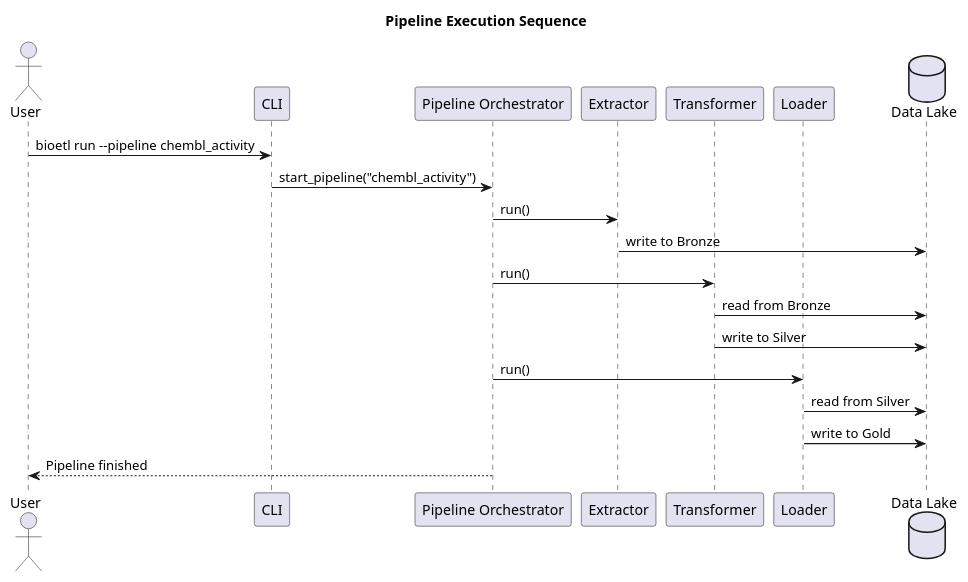
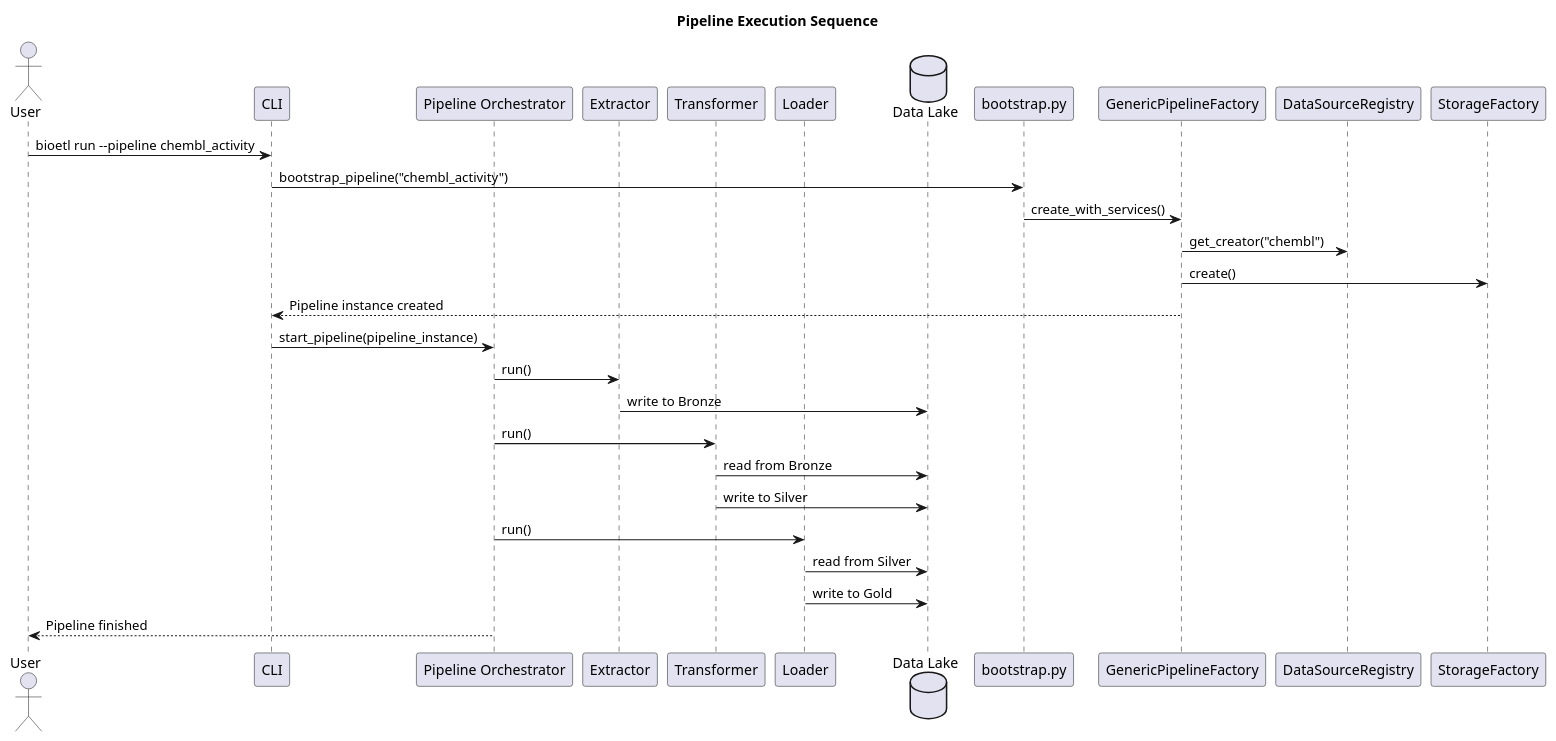
The diagram in docs/02-architecture/diagrams/03-pipeline-sequence.puml (SatoryKono/BioactivityDataAcquisition), drawn with PlantUML before and after one commit. The commit also changed 14 other files, not shown here.

First line of the commit message:
Document and architecture updates for Composition layer

```diff
--- a/docs/02-architecture/diagrams/03-pipeline-sequence.puml
+++ b/docs/02-architecture/diagrams/03-pipeline-sequence.puml
@@ -1,25 +1,31 @@
 @startuml
 title Pipeline Execution Sequence
 
 actor User
 participant CLI
 participant "Pipeline Orchestrator" as Orchestrator
 participant "Extractor"
 participant "Transformer"
 participant "Loader"
 database "Data Lake" as Lake
 
 User -> CLI: bioetl run --pipeline chembl_activity
-CLI -> Orchestrator: start_pipeline("chembl_activity")
+CLI -> "bootstrap.py": bootstrap_pipeline("chembl_activity")
+"bootstrap.py" -> "GenericPipelineFactory": create_with_services()
+"GenericPipelineFactory" -> "DataSourceRegistry": get_creator("chembl")
+"GenericPipelineFactory" -> "StorageFactory": create()
+"GenericPipelineFactory" --> CLI: Pipeline instance created
+
+CLI -> Orchestrator: start_pipeline(pipeline_instance)
 
 Orchestrator -> Extractor: run()
 Extractor -> Lake: write to Bronze
 Orchestrator -> Transformer: run()
 Transformer -> Lake: read from Bronze
 Transformer -> Lake: write to Silver
 Orchestrator -> Loader: run()
 Loader -> Lake: read from Silver
 Loader -> Lake: write to Gold
 
 Orchestrator --> User: Pipeline finished
 @enduml
```
